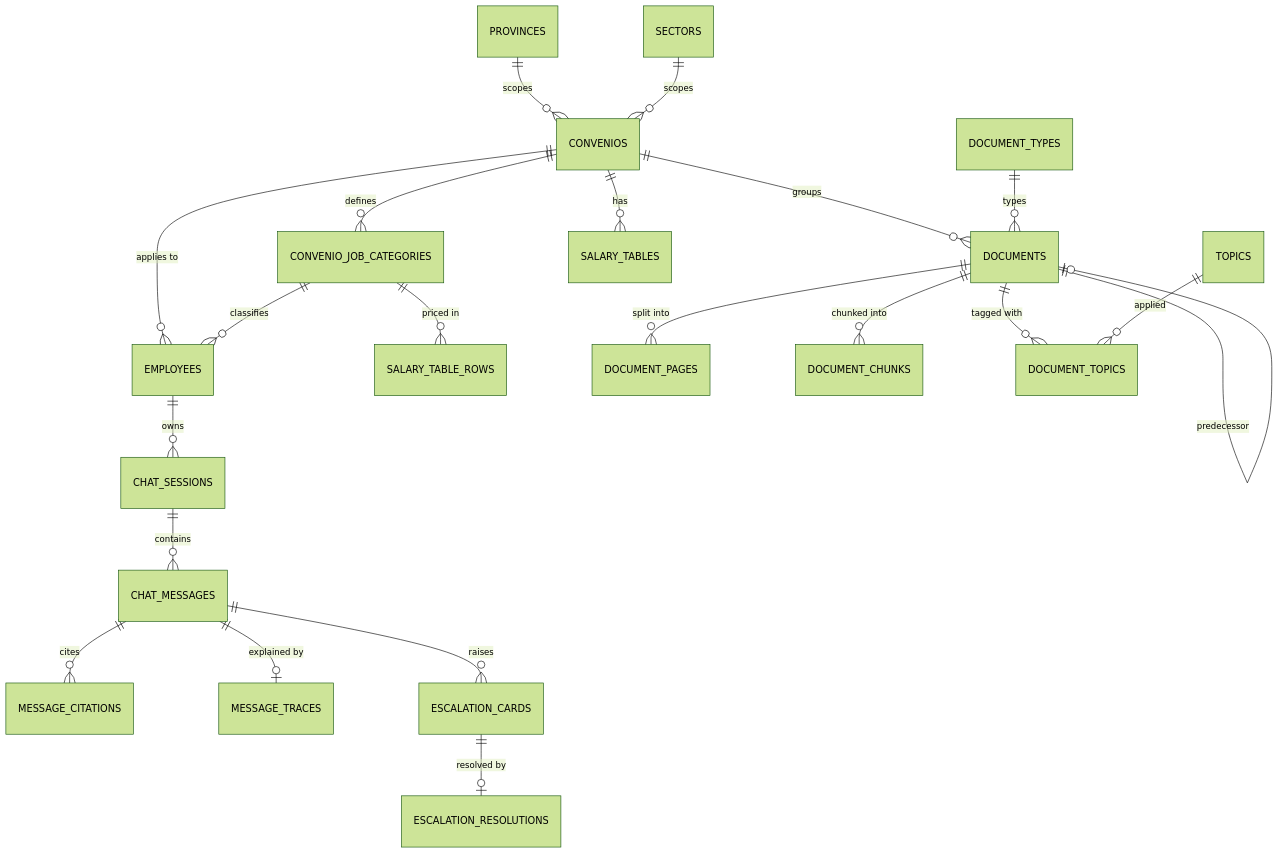
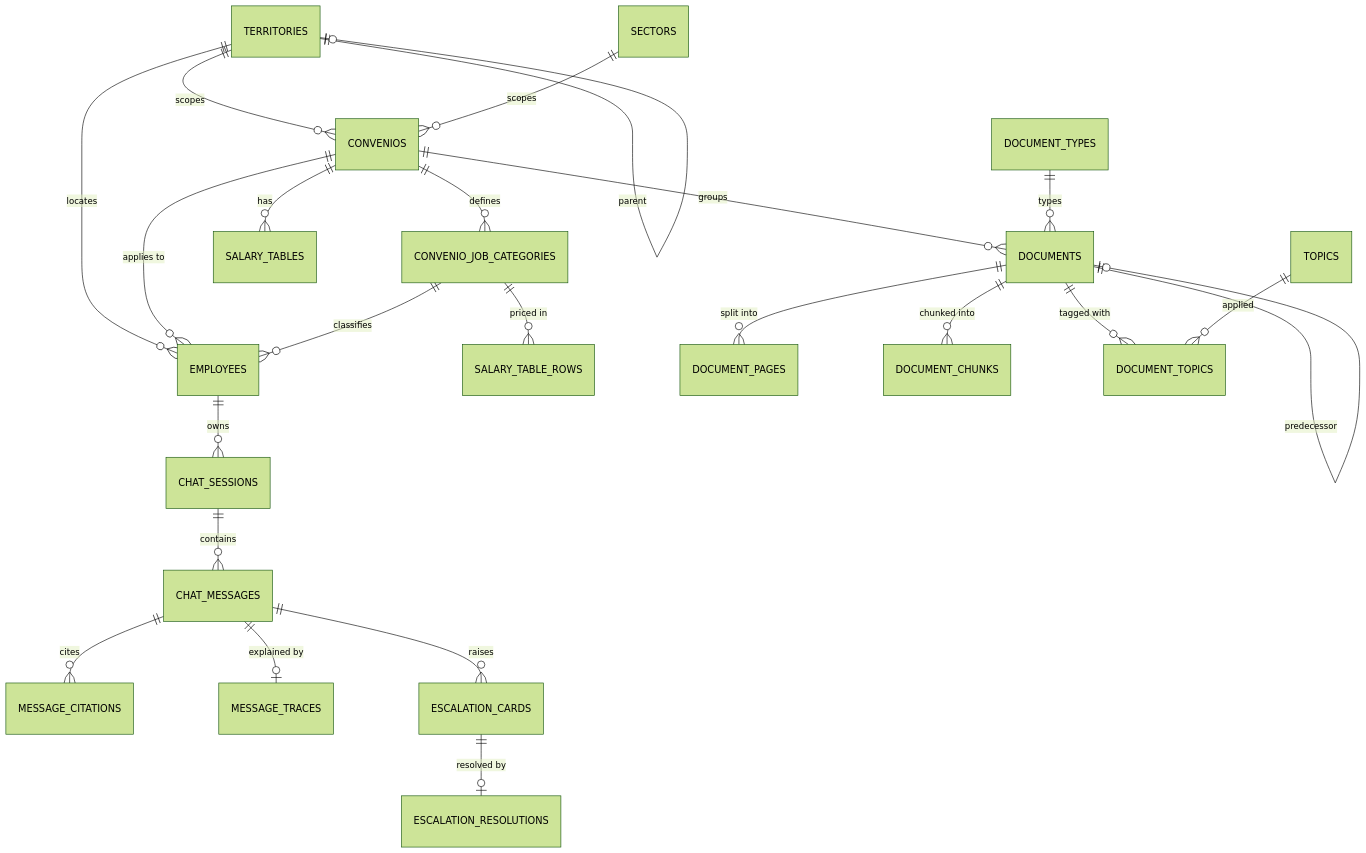
The diagram in architecture/data-model.md (pedram-kh/hr-docs), drawn with Mermaid (forest theme) before and after one commit. The commit also changed other lines of this file and 9 other files, not shown here.

````diff
--- a/architecture/data-model.md
+++ b/architecture/data-model.md
@@ -35,23 +35,25 @@
 ```mermaid
 erDiagram
-  PROVINCES ||--o{ CONVENIOS : "scopes"
+  TERRITORIES ||--o{ CONVENIOS : "scopes"
+  TERRITORIES ||--o{ EMPLOYEES : "locates"
+  TERRITORIES ||--o| TERRITORIES : "parent"
   SECTORS ||--o{ CONVENIOS : "scopes"
   CONVENIOS ||--o{ CONVENIO_JOB_CATEGORIES : "defines"
   CONVENIOS ||--o{ DOCUMENTS : "groups"
   CONVENIOS ||--o{ SALARY_TABLES : "has"
   CONVENIOS ||--o{ EMPLOYEES : "applies to"
   CONVENIO_JOB_CATEGORIES ||--o{ EMPLOYEES : "classifies"
   CONVENIO_JOB_CATEGORIES ||--o{ SALARY_TABLE_ROWS : "priced in"
   DOCUMENT_TYPES ||--o{ DOCUMENTS : "types"
   DOCUMENTS ||--o{ DOCUMENT_PAGES : "split into"
   DOCUMENTS ||--o{ DOCUMENT_CHUNKS : "chunked into"
   DOCUMENTS ||--o{ DOCUMENT_TOPICS : "tagged with"
   TOPICS ||--o{ DOCUMENT_TOPICS : "applied"
   DOCUMENTS ||--o| DOCUMENTS : "predecessor"
   EMPLOYEES ||--o{ CHAT_SESSIONS : "owns"
   CHAT_SESSIONS ||--o{ CHAT_MESSAGES : "contains"
   CHAT_MESSAGES ||--o{ MESSAGE_CITATIONS : "cites"
   CHAT_MESSAGES ||--o| MESSAGE_TRACES : "explained by"
   CHAT_MESSAGES ||--o{ ESCALATION_CARDS : "raises"
   ESCALATION_CARDS ||--o| ESCALATION_RESOLUTIONS : "resolved by"
 ```
````
